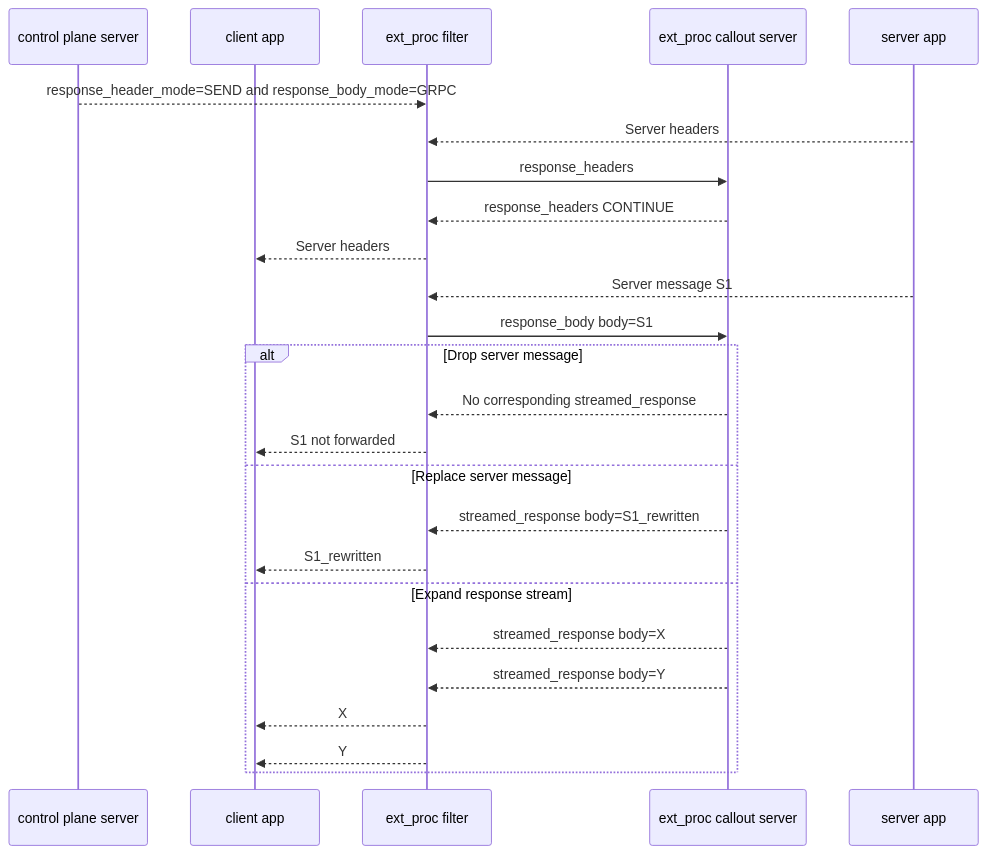
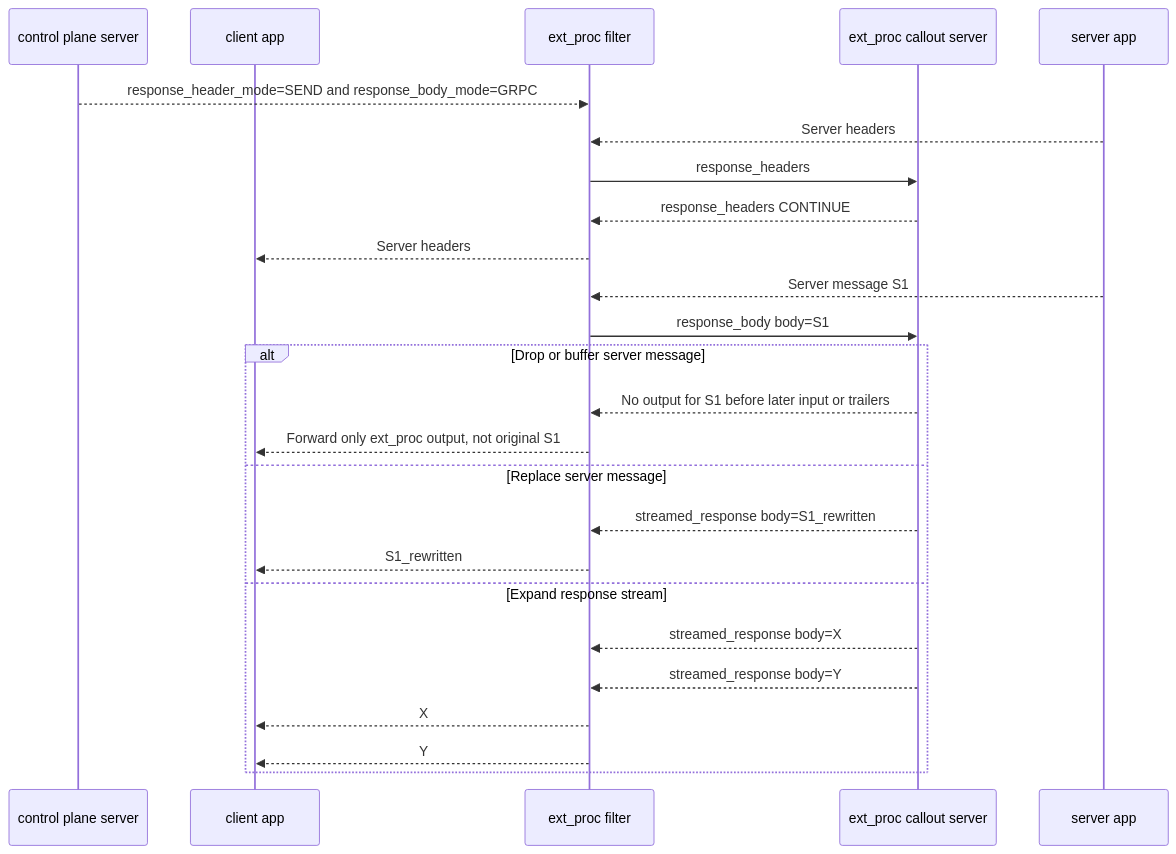
Diagram 13 of 16 in a93_ext_proc_data_flows.md (ran-su/ext_proc_spec), drawn with Mermaid before and after one commit. The commit also changed other lines of this file and 1 other file, not shown here.

Commit message:
Clarify ext_proc body stream state

````diff
--- a/a93_ext_proc_data_flows.md
+++ b/a93_ext_proc_data_flows.md
@@ -385,30 +387,30 @@
 ```mermaid
 sequenceDiagram
     participant CP as control plane server
     participant Client as client app
     participant Filter as ext_proc filter
     participant EP as ext_proc callout server
     participant Server as server app
 
     CP-->>Filter: response_header_mode=SEND and response_body_mode=GRPC
     Server-->>Filter: Server headers
     Filter->>EP: response_headers
     EP-->>Filter: response_headers CONTINUE
     Filter-->>Client: Server headers
 
     Server-->>Filter: Server message S1
     Filter->>EP: response_body body=S1
 
-    alt Drop server message
-        EP-->>Filter: No corresponding streamed_response
-        Filter-->>Client: S1 not forwarded
+    alt Drop or buffer server message
+        EP-->>Filter: No output for S1 before later input or trailers
+        Filter-->>Client: Forward only ext_proc output, not original S1
     else Replace server message
         EP-->>Filter: streamed_response body=S1_rewritten
         Filter-->>Client: S1_rewritten
     else Expand response stream
         EP-->>Filter: streamed_response body=X
         EP-->>Filter: streamed_response body=Y
         Filter-->>Client: X
         Filter-->>Client: Y
     end
 ```
````
